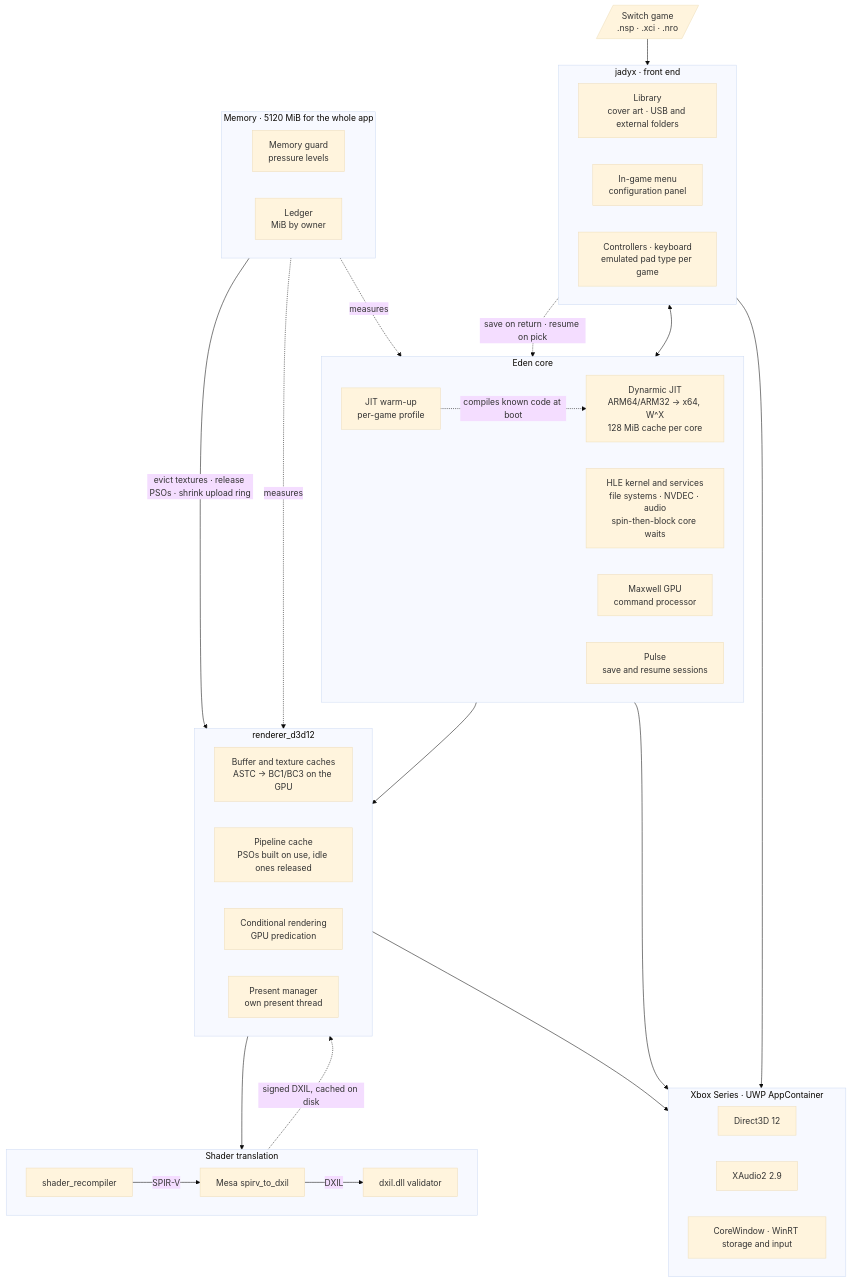
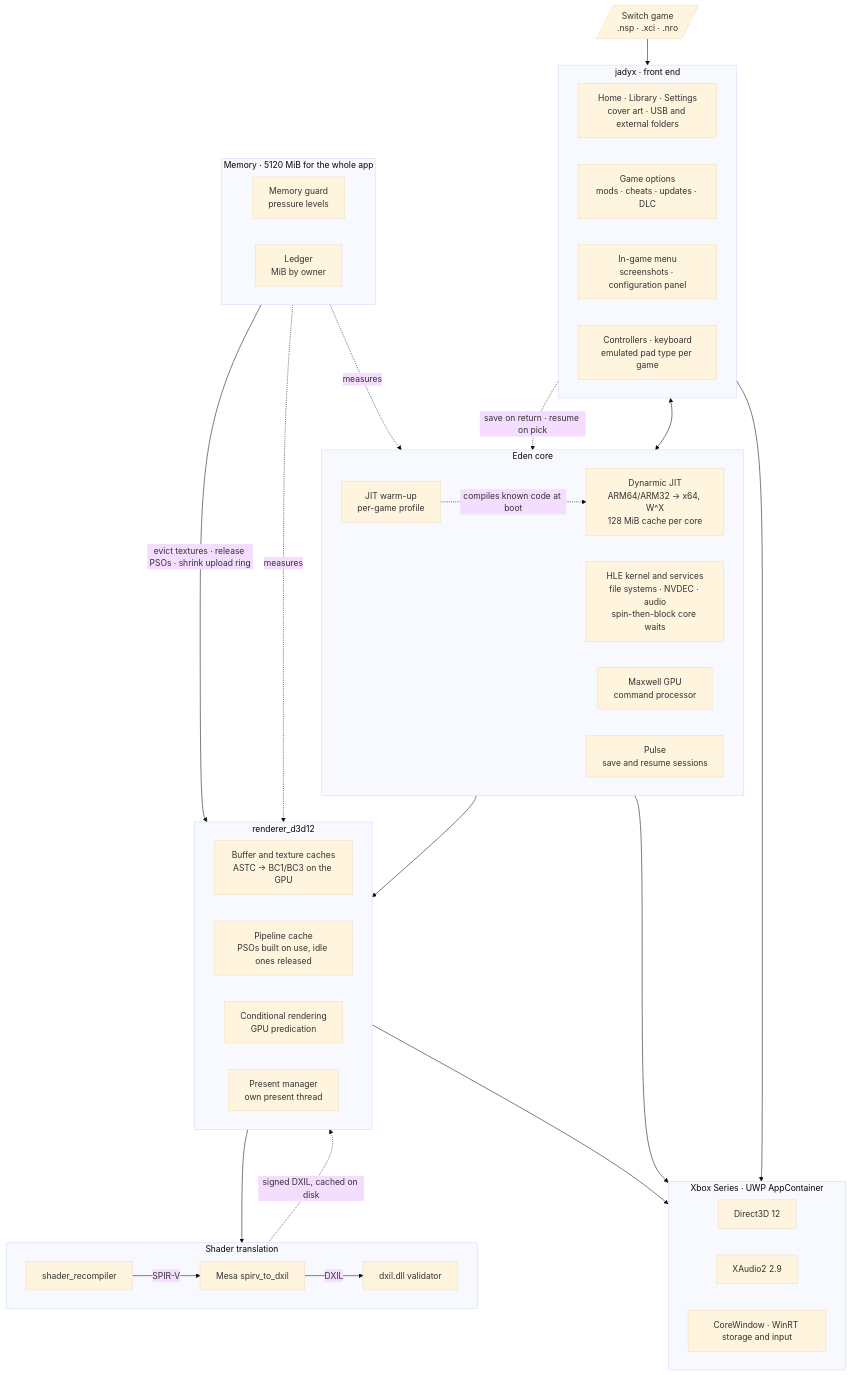
One commit to JulianDr14/jadyx changed the diagram in README.md. Above: the diagram before and after it, drawn with Mermaid (base theme). The commit also changed other lines of this file, not shown here.

First line of the commit message:
docs(readme): cover the new front end, mods, updates and DLC [skip ci]

````diff
--- a/README.md
+++ b/README.md
@@ -138,60 +141,61 @@
 ```mermaid
 flowchart TB
     rom[/"Switch game<br/>.nsp · .xci · .nro"/]
 
     subgraph front["jadyx · front end"]
         direction LR
-        lib["Library<br/>cover art · USB and external folders"]
-        menu["In-game menu<br/>configuration panel"]
+        lib["Home · Library · Settings<br/>cover art · USB and external folders"]
+        opts["Game options<br/>mods · cheats · updates · DLC"]
+        menu["In-game menu<br/>screenshots · configuration panel"]
         input["Controllers · keyboard<br/>emulated pad type per game"]
     end
 
     subgraph core["Eden core"]
         direction LR
         cpu["Dynarmic JIT<br/>ARM64/ARM32 → x64, W^X<br/>128 MiB cache per core"]
         warm["JIT warm-up<br/>per-game profile"]
         hle["HLE kernel and services<br/>file systems · NVDEC · audio<br/>spin-then-block core waits"]
         gpu["Maxwell GPU<br/>command processor"]
         pulse["Pulse<br/>save and resume sessions"]
     end
 
     subgraph d3d["renderer_d3d12"]
         direction LR
         caches["Buffer and texture caches<br/>ASTC → BC1/BC3 on the GPU"]
         pipes["Pipeline cache<br/>PSOs built on use, idle ones released"]
         pred["Conditional rendering<br/>GPU predication"]
         present["Present manager<br/>own present thread"]
     end
 
     subgraph shaders["Shader translation"]
         direction LR
         rec["shader_recompiler"] -- SPIR-V --> s2d["Mesa spirv_to_dxil"] -- DXIL --> sign["dxil.dll validator"]
     end
 
     subgraph mem["Memory · 5120 MiB for the whole app"]
         direction LR
         guard["Memory guard<br/>pressure levels"]
         ledger["Ledger<br/>MiB by owner"]
     end
 
     subgraph host["Xbox Series · UWP AppContainer"]
         direction LR
         dx["Direct3D 12"]
         xa["XAudio2 2.9"]
         win["CoreWindow · WinRT storage and input"]
     end
 
     rom --> lib
     lib -. "save on return · resume on pick" .-> pulse
     front <--> core
     warm -. "compiles known code at boot" .-> cpu
     gpu --> d3d
     pipes --> shaders
     sign -. "signed DXIL, cached on disk" .-> pipes
     guard -- "evict textures · release PSOs · shrink upload ring" --> d3d
     ledger -. "measures" .-> d3d
     ledger -. "measures" .-> core
     d3d --> dx
     hle --> xa
     front --> win
 ```
````
